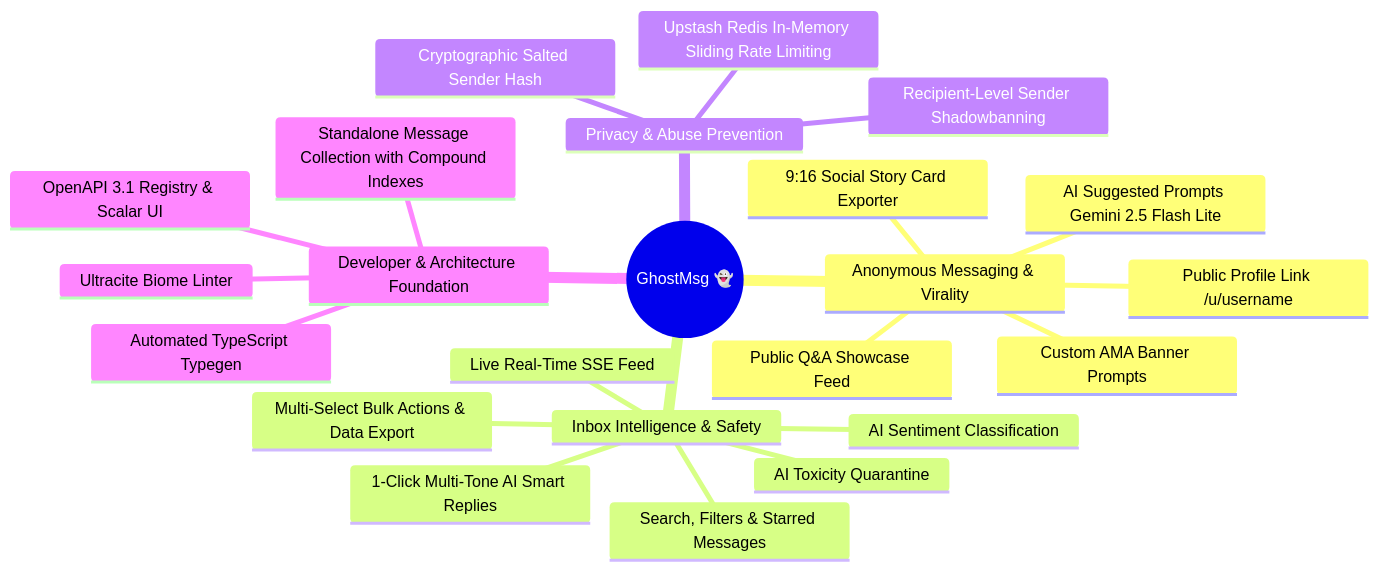
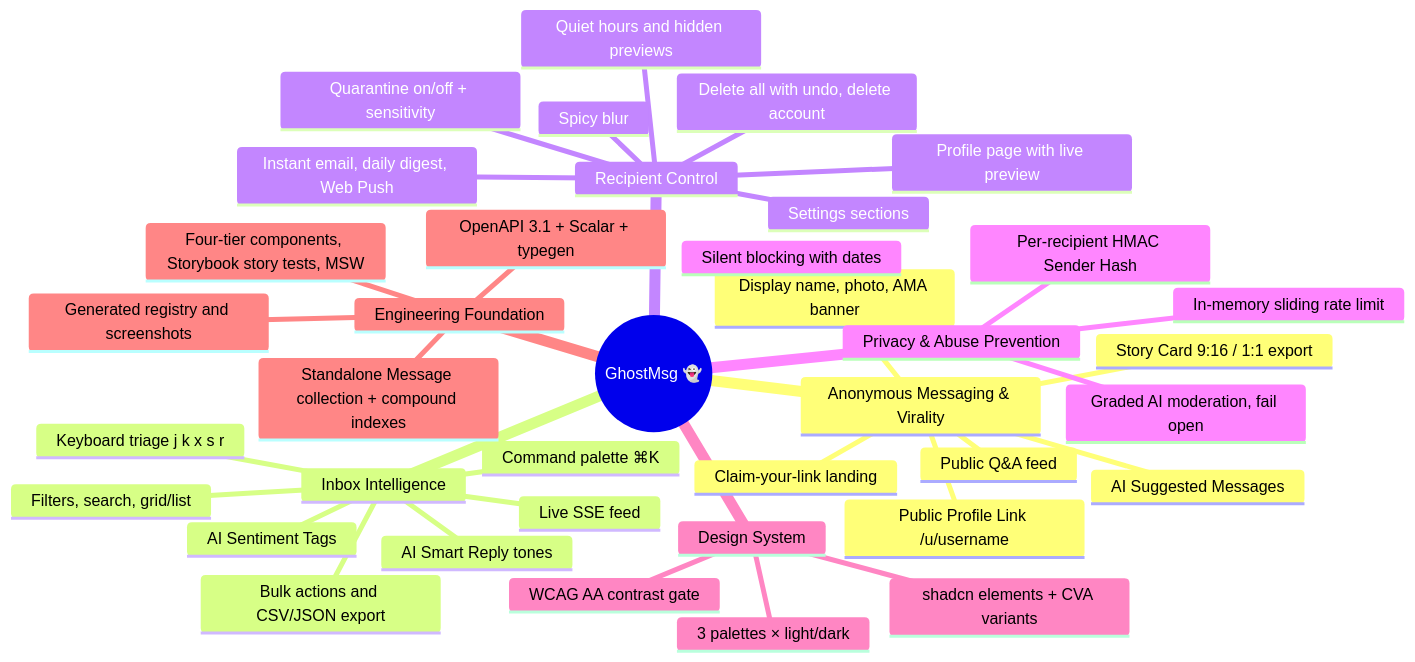
The diagram in docs/01-overview.md (Abbas4tech/GhostMsg), drawn with Mermaid before and after one commit. The commit also changed other lines of this file and 498 other files, not shown here.

````diff
--- a/docs/01-overview.md
+++ b/docs/01-overview.md
@@ -41,26 +54,41 @@
 ```mermaid
 mindmap
   root((GhostMsg 👻))
     Anonymous Messaging & Virality
       Public Profile Link /u/username
-      Custom AMA Banner Prompts
-      AI Suggested Prompts Gemini 2.5 Flash Lite
-      Public Q&A Showcase Feed
-      9:16 Social Story Card Exporter
-    Inbox Intelligence & Safety
-      Live Real-Time SSE Feed
-      Search, Filters & Starred Messages
-      Multi-Select Bulk Actions & Data Export
-      AI Toxicity Quarantine
-      AI Sentiment Classification
-      1-Click Multi-Tone AI Smart Replies
+      Display name, photo, AMA banner
+      AI Suggested Messages
+      Public Q&A feed
+      Story Card 9:16 / 1:1 export
+      Claim-your-link landing
+    Inbox Intelligence
+      Live SSE feed
+      Filters, search, grid/list
+      Keyboard triage j k x s r
+      Bulk actions and CSV/JSON export
+      AI Sentiment Tags
+      AI Smart Reply tones
+      Command palette ⌘K
+    Recipient Control
+      Profile page with live preview
+      Settings sections
+      Quarantine on/off + sensitivity
+      Spicy blur
+      Quiet hours and hidden previews
+      Instant email, daily digest, Web Push
+      Delete all with undo, delete account
     Privacy & Abuse Prevention
-      Upstash Redis In-Memory Sliding Rate Limiting
-      Cryptographic Salted Sender Hash
-      Recipient-Level Sender Shadowbanning
-    Developer & Architecture Foundation
-      Standalone Message Collection with Compound Indexes
-      OpenAPI 3.1 Registry & Scalar UI
-      Automated TypeScript Typegen
-      Ultracite Biome Linter
+      In-memory sliding rate limit
+      Per-recipient HMAC Sender Hash
+      Silent blocking with dates
+      Graded AI moderation, fail open
+    Design System
+      3 palettes × light/dark
+      shadcn elements + CVA variants
+      WCAG AA contrast gate
+    Engineering Foundation
+      Standalone Message collection + compound indexes
+      OpenAPI 3.1 + Scalar + typegen
+      Four-tier components, Storybook story tests, MSW
+      Generated registry and screenshots
 ```
````
